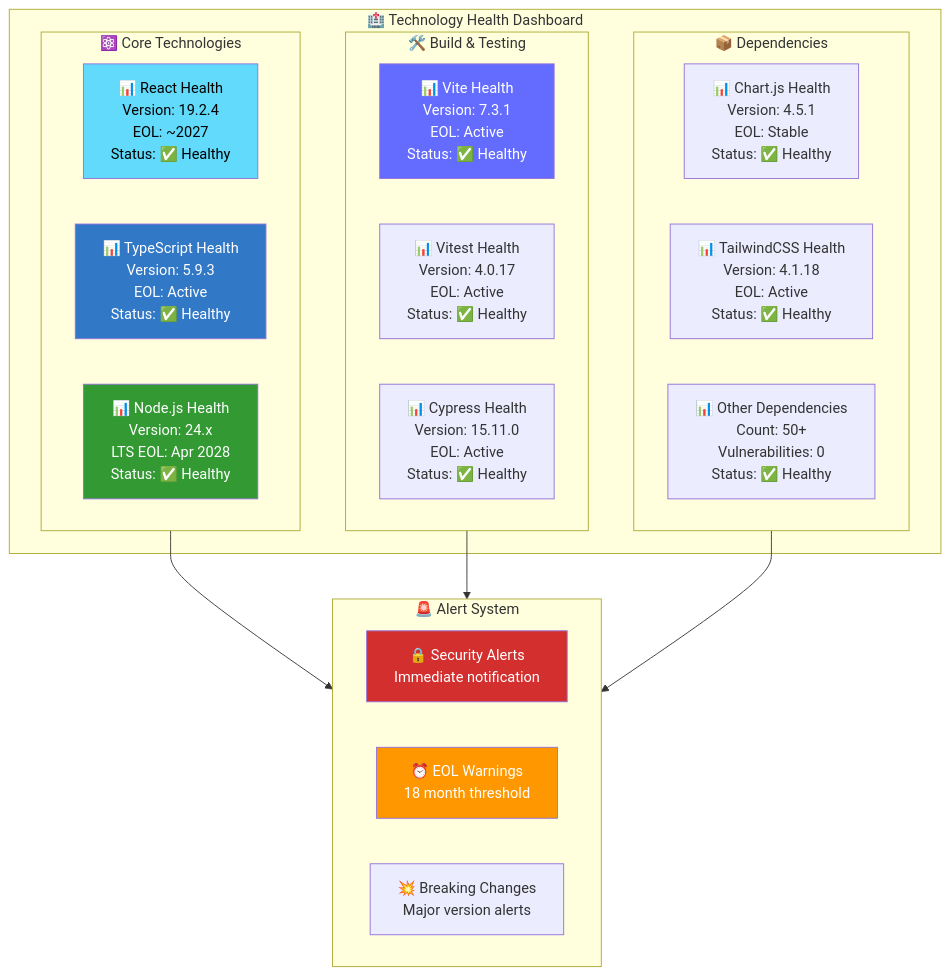
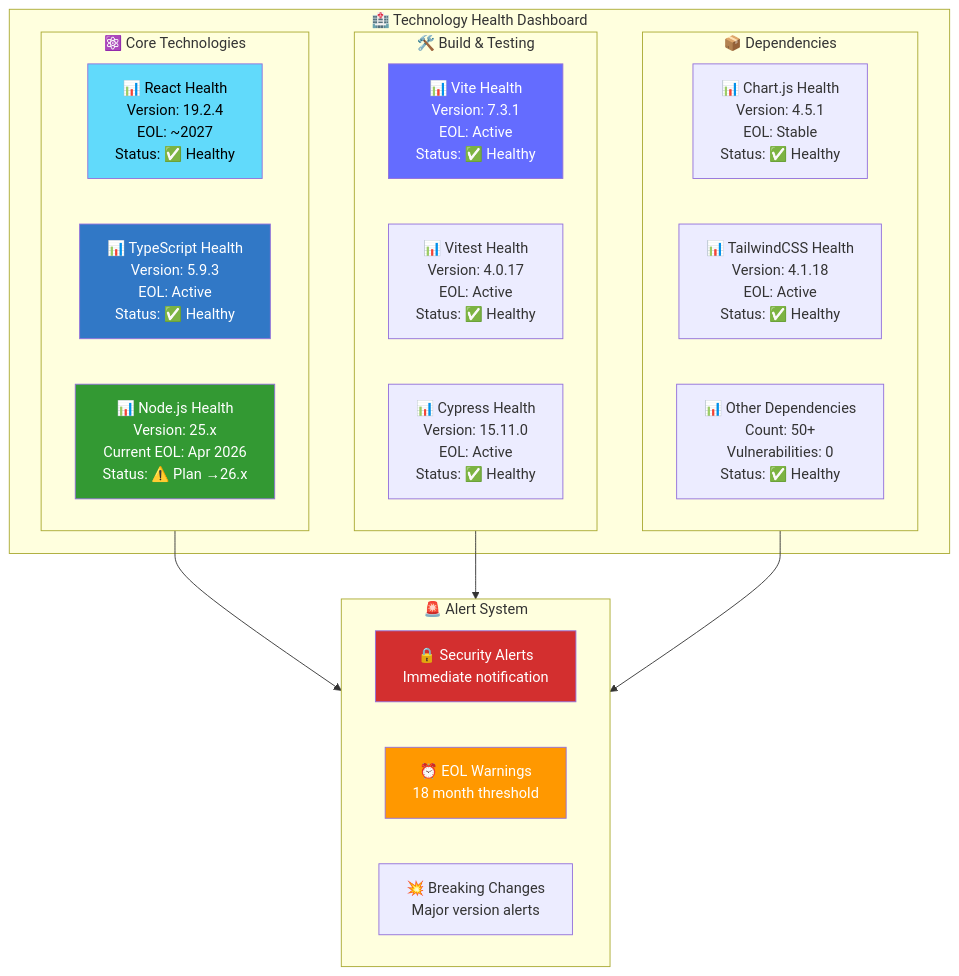
Before and after one commit to Hack23/cia-compliance-manager: the ninth of 9 diagrams in docs/End-of-Life-Strategy.md, drawn with Mermaid. The commit also changed other lines of this file and 11 other files, not shown here.

````diff
--- a/docs/End-of-Life-Strategy.md
+++ b/docs/End-of-Life-Strategy.md
@@ -694,39 +738,39 @@
 ```mermaid
 graph TB
     subgraph HEALTH["🏥 Technology Health Dashboard"]
         subgraph CORE["⚛️ Core Technologies"]
             REACT[📊 React Health<br/>Version: 19.2.4<br/>EOL: ~2027<br/>Status: ✅ Healthy]
             TS[📊 TypeScript Health<br/>Version: 5.9.3<br/>EOL: Active<br/>Status: ✅ Healthy]
-            NODE[📊 Node.js Health<br/>Version: 24.x<br/>LTS EOL: Apr 2028<br/>Status: ✅ Healthy]
+            NODE[📊 Node.js Health<br/>Version: 25.x<br/>Current EOL: Apr 2026<br/>Status: ⚠️ Plan →26.x]
         end
         
         subgraph TOOLS["🛠️ Build & Testing"]
             VITE[📊 Vite Health<br/>Version: 7.3.1<br/>EOL: Active<br/>Status: ✅ Healthy]
             VITEST[📊 Vitest Health<br/>Version: 4.0.17<br/>EOL: Active<br/>Status: ✅ Healthy]
             CYPRESS[📊 Cypress Health<br/>Version: 15.11.0<br/>EOL: Active<br/>Status: ✅ Healthy]
         end
         
         subgraph DEPS["📦 Dependencies"]
             CHART[📊 Chart.js Health<br/>Version: 4.5.1<br/>EOL: Stable<br/>Status: ✅ Healthy]
             TAILWIND[📊 TailwindCSS Health<br/>Version: 4.1.18<br/>EOL: Active<br/>Status: ✅ Healthy]
             OTHER[📊 Other Dependencies<br/>Count: 50+<br/>Vulnerabilities: 0<br/>Status: ✅ Healthy]
         end
     end
     
     subgraph ALERTS["🚨 Alert System"]
         SECURITY[🔒 Security Alerts<br/>Immediate notification]
         EOL[⏰ EOL Warnings<br/>18 month threshold]
         BREAKING[💥 Breaking Changes<br/>Major version alerts]
     end
     
     CORE --> ALERTS
     TOOLS --> ALERTS
     DEPS --> ALERTS
     
     style REACT fill:#61dafb,color:#000
     style TS fill:#3178c6,color:#fff
     style NODE fill:#339933,color:#fff
     style VITE fill:#646cff,color:#fff
     style SECURITY fill:#d32f2f,color:#fff
     style EOL fill:#ff9800,color:#fff
 ```
````
